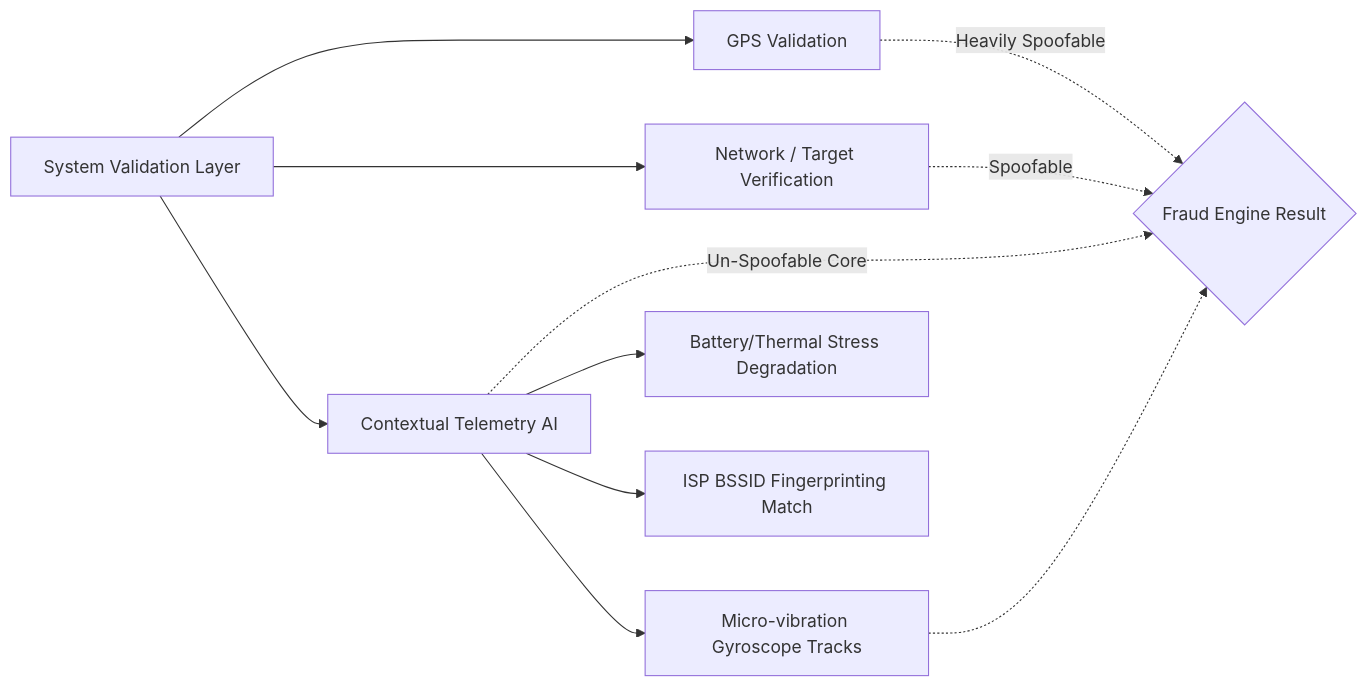
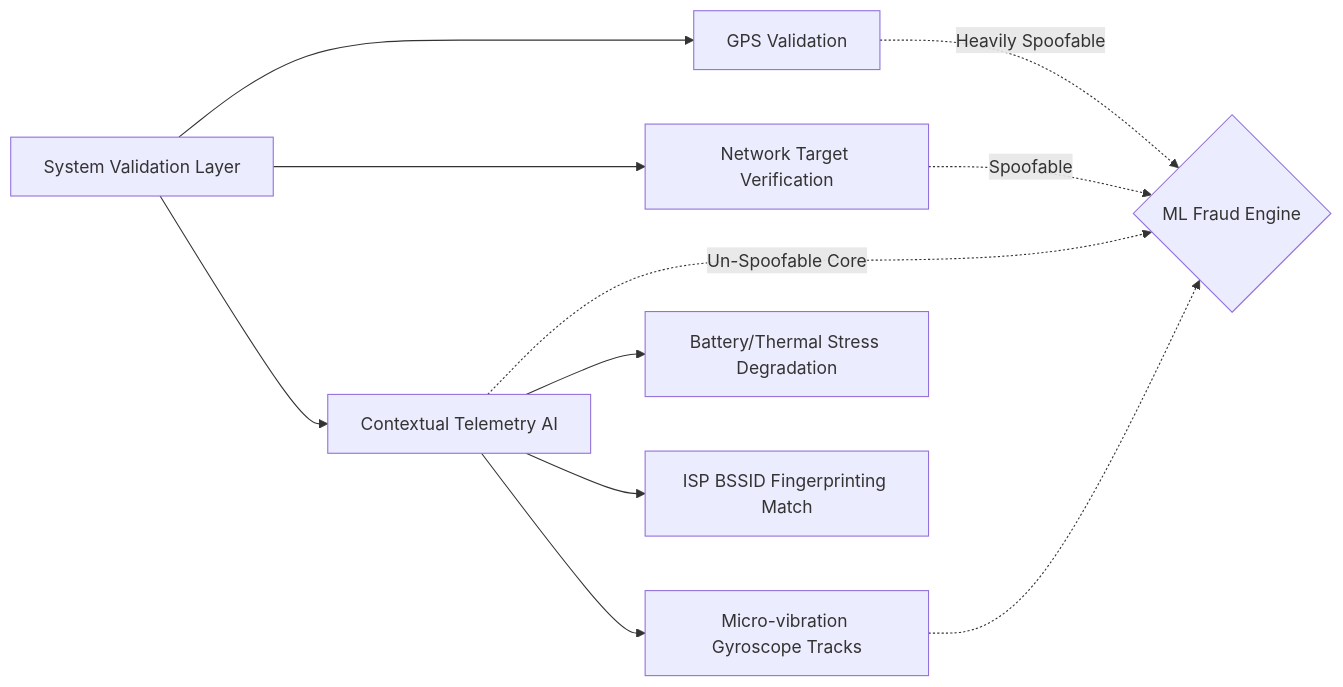
The diagram in README.md (ANSUJKMEHER/GigShield-AI), drawn with Mermaid before and after one commit. The commit also changed other lines of this file, not shown here.

````diff
--- a/README.md
+++ b/README.md
@@ -99,16 +67,16 @@
 ```mermaid
 flowchart LR
     S[System Validation Layer] --> G[GPS Validation]
-    S --> B[Network / Target Verification]
+    S --> B[Network Target Verification]
     S --> T[Contextual Telemetry AI]
     
-    G -.->|Heavily Spoofable| R{Fraud Engine Result}
+    G -.->|Heavily Spoofable| R{ML Fraud Engine}
     B -.->|Spoofable| R
     T -.->|Un-Spoofable Core| R
     
     T --> T1[Micro-vibration Gyroscope Tracks]
     T --> T2[Battery/Thermal Stress Degradation]
     T --> T3[ISP BSSID Fingerprinting Match]
     
     T1 -.-> R
 ```
````
